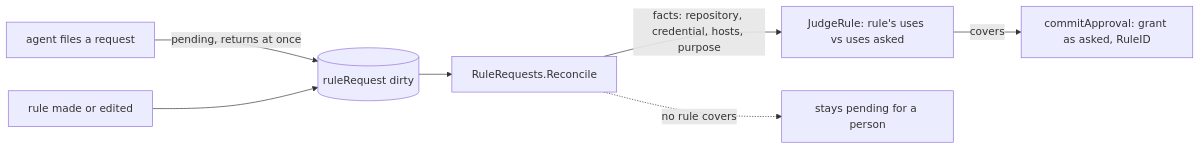
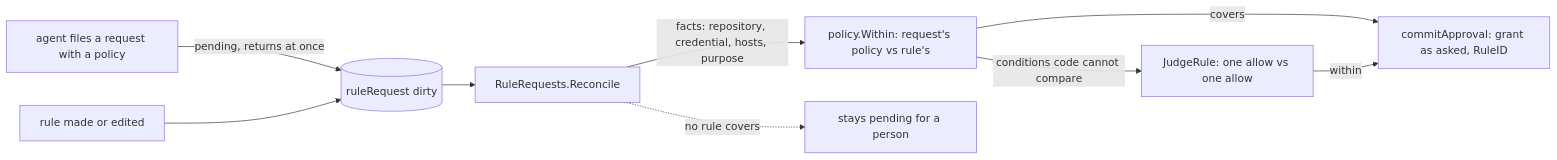
Before and after one commit to discobox-ai/discobox: the first of 2 diagrams in server/internal/resources/secrets/DESIGN.md, drawn with Mermaid. The commit also changed other lines of this file and 111 other files, not shown here.

````diff
--- a/server/internal/resources/secrets/DESIGN.md
+++ b/server/internal/resources/secrets/DESIGN.md
@@ -375,9 +380,11 @@
 ```mermaid
 flowchart LR
-    ask["agent files a request"] -->|"pending, returns at once"| dirty[(ruleRequest dirty)]
+    ask["agent files a request with a policy"] -->|"pending, returns at once"| dirty[(ruleRequest dirty)]
     made["rule made or edited"] --> dirty
     dirty --> test["RuleRequests.Reconcile"]
-    test -->|"facts: repository, credential, hosts, purpose"| content["JudgeRule: rule's uses vs uses asked"]
-    content -->|"covers"| write["commitApproval: grant as asked, RuleID"]
+    test -->|"facts: repository, credential, hosts, purpose"| within["policy.Within: request's policy vs rule's"]
+    within -->|"conditions code cannot compare"| content["JudgeRule: one allow vs one allow"]
+    within -->|"covers"| write["commitApproval: grant as asked, RuleID"]
+    content -->|"within"| write
     test -. "no rule covers" .-> person["stays pending for a person"]
 ```
````
